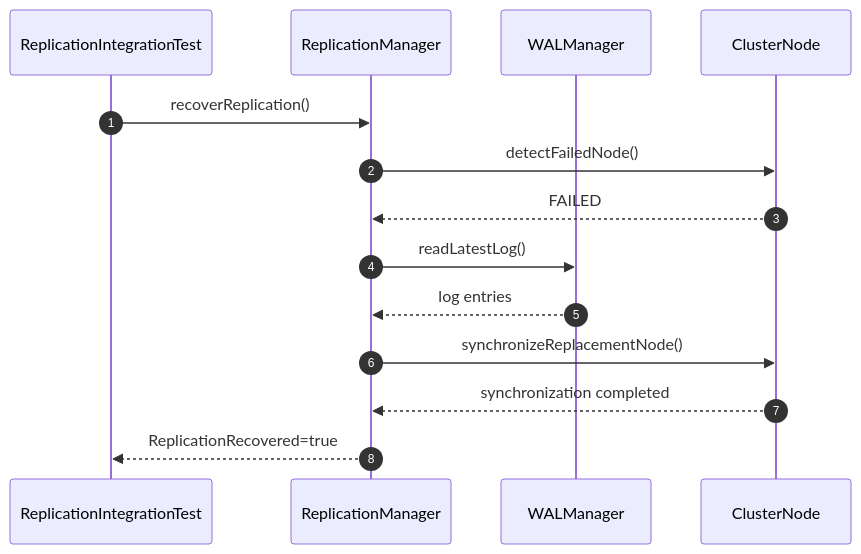
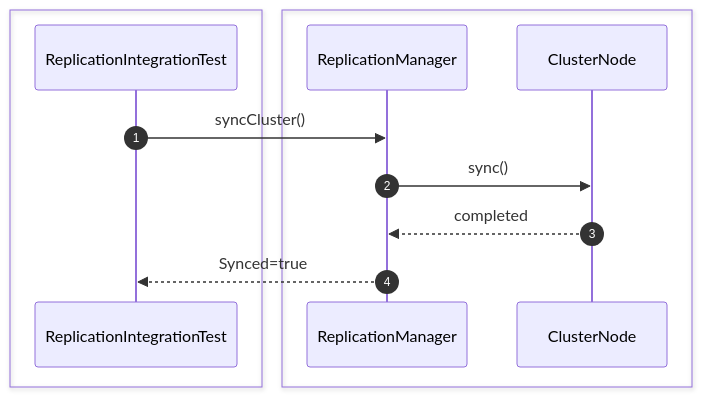
One commit to Huy1801214/dbms-architecture changed diagram 20 of 26 in src/sequence/replication.md. Above: the diagram before and after it, drawn with Mermaid. The commit also changed other lines of this file and 10 other files, not shown here.

Commit message:
add comprehensive sequence diagrams and documentation for system architecture and unit testing specifications

````diff
--- a/src/sequence/replication.md
+++ b/src/sequence/replication.md
@@ -204,24 +354,17 @@
 ```mermaid
 sequenceDiagram
     autonumber
+
+    box #e1f5fe Test Suite
     participant Test as ReplicationIntegrationTest
-    participant Replication as ReplicationManager
-    participant WAL as WALManager
+    end
+    box #ffebee Replication Components
+    participant Manager as ReplicationManager
     participant Node as ClusterNode
+    end
 
-    Test->>Replication: recoverReplication()
-
-    Replication->>Node: detectFailedNode()
-
-    Node-->>Replication: FAILED
-
-    Replication->>WAL: readLatestLog()
-
-    WAL-->>Replication: log entries
-
-    Replication->>Node: synchronizeReplacementNode()
-
-    Node-->>Replication: synchronization completed
-
-    Replication-->>Test: ReplicationRecovered=true
+    Test->>Manager: syncCluster()
+    Manager->>Node: sync()
+    Node-->>Manager: completed
+    Manager-->>Test: Synced=true
 ```
````
